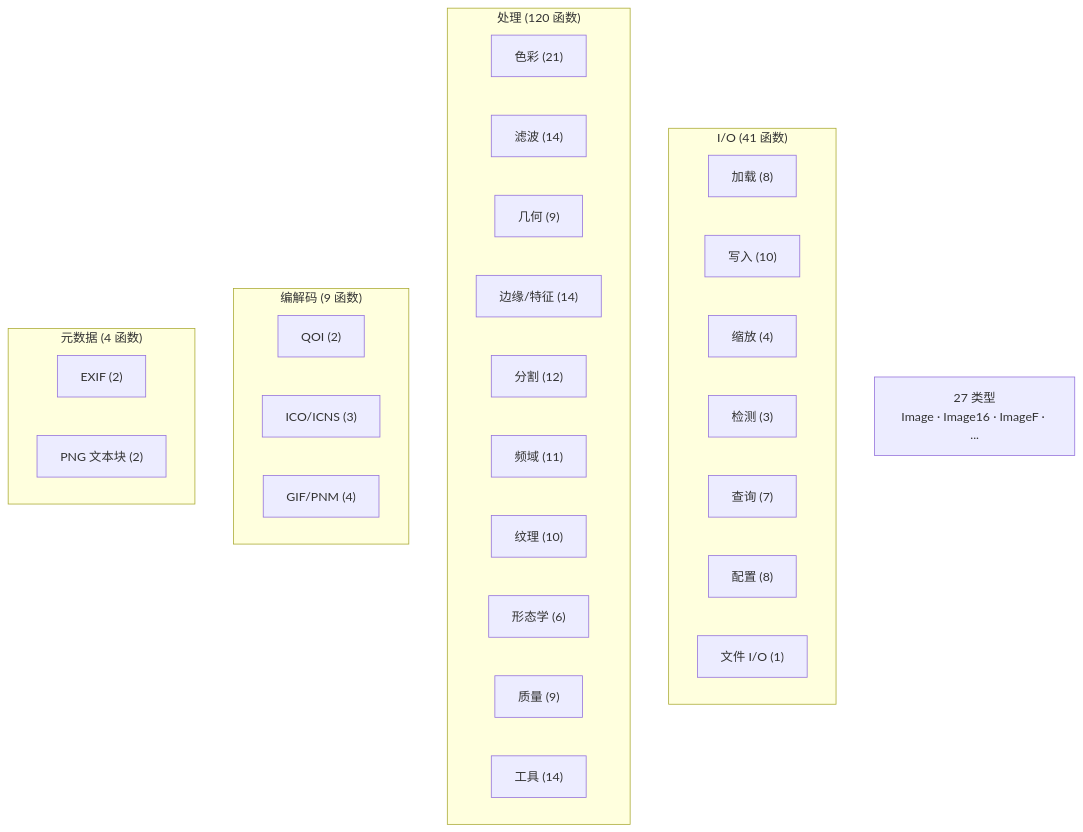
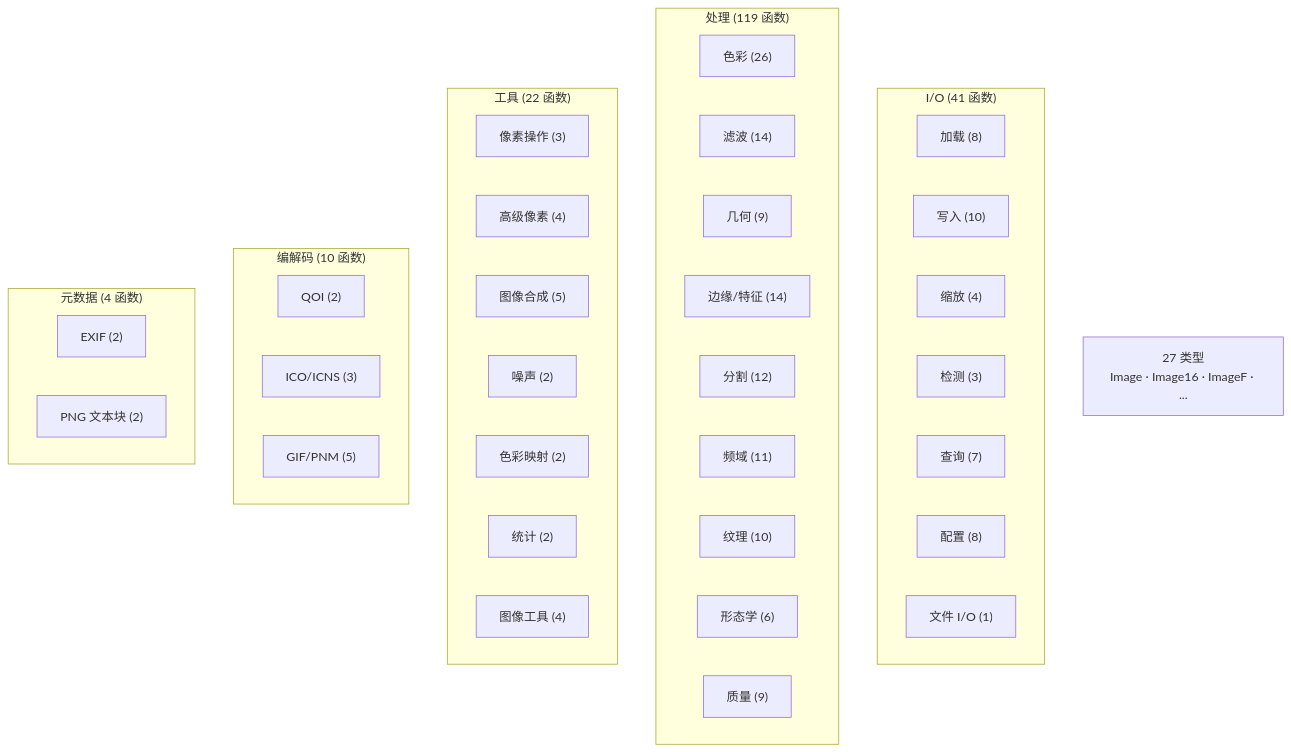
One commit to toadium/stb-image changed diagram 13 of 14 in docs/architecture.md. Above: the diagram before and after it, drawn with Mermaid. The commit also changed other lines of this file and 4 other files, not shown here.

````diff
--- a/docs/architecture.md
+++ b/docs/architecture.md
@@ -434,38 +437,47 @@
 ```mermaid
 flowchart TB
     subgraph IO["I/O (41 函数)"]
         Load["加载 (8)"]
         Write["写入 (10)"]
         Resize["缩放 (4)"]
         Detect["检测 (3)"]
         Query["查询 (7)"]
         Config["配置 (8)"]
         FileIO["文件 I/O (1)"]
     end
 
-    subgraph Proc["处理 (120 函数)"]
-        Color["色彩 (21)"]
+    subgraph Proc["处理 (119 函数)"]
+        Color["色彩 (26)"]
         Filter["滤波 (14)"]
         Geo["几何 (9)"]
         Edge["边缘/特征 (14)"]
         Seg["分割 (12)"]
         Freq["频域 (11)"]
         Tex["纹理 (10)"]
         Morph["形态学 (6)"]
         Qual["质量 (9)"]
-        Util["工具 (14)"]
     end
 
-    subgraph Codec["编解码 (9 函数)"]
+    subgraph UtilFn["工具 (22 函数)"]
+        Pixel["像素操作 (3)"]
+        PixelAdv["高级像素 (4)"]
+        Compose["图像合成 (5)"]
+        Noise["噪声 (2)"]
+        ColorMap["色彩映射 (2)"]
+        Stats["统计 (2)"]
+        UtilMisc["图像工具 (4)"]
+    end
+
+    subgraph Codec["编解码 (10 函数)"]
         QOI["QOI (2)"]
         ICO["ICO/ICNS (3)"]
-        GIF["GIF/PNM (4)"]
+        GIF["GIF/PNM (5)"]
     end
 
     subgraph MetaFn["元数据 (4 函数)"]
         EXIF["EXIF (2)"]
         PNG["PNG 文本块 (2)"]
     end
 
     Types["27 类型<br/>Image · Image16 · ImageF · ..."]
 ```
````
